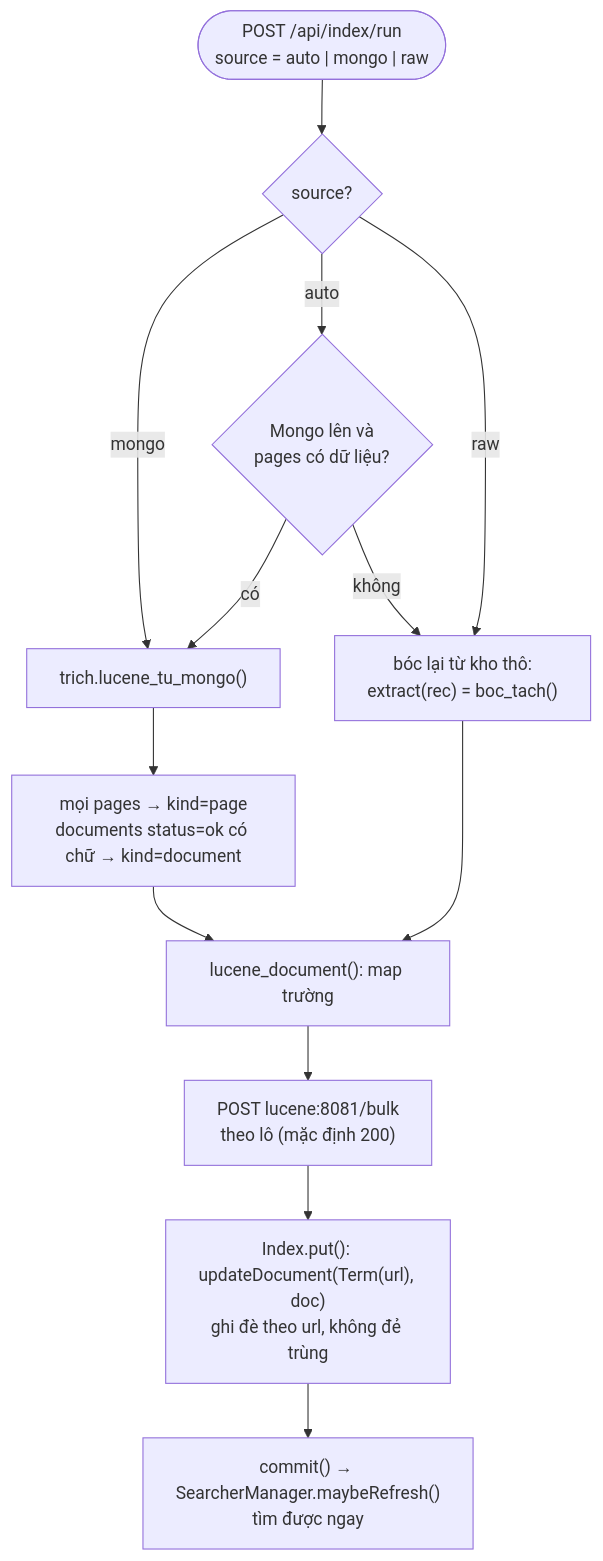
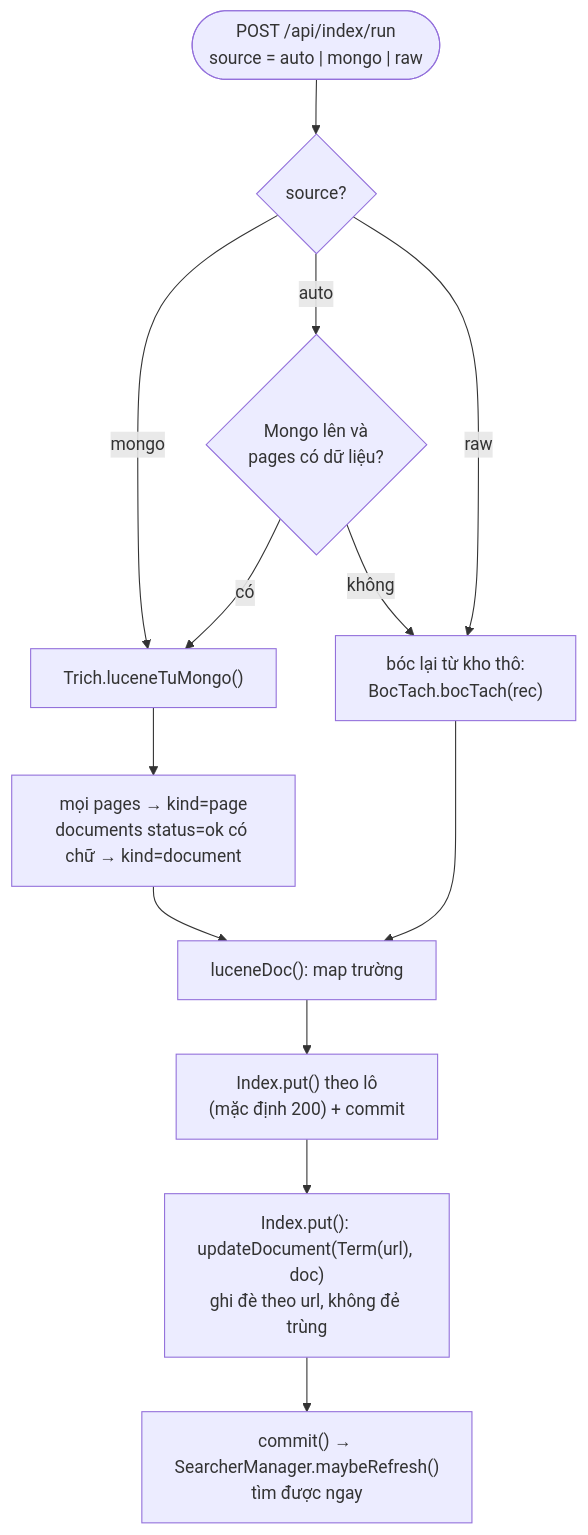
Diagram 17 of 21 in BAO-CAO-KY-THUAT.md (nguyenpnguyen/di-project), drawn with Mermaid before and after one commit. The commit also changed other lines of this file and 369 other files, not shown here.

````diff
--- a/BAO-CAO-KY-THUAT.md
+++ b/BAO-CAO-KY-THUAT.md
@@ -693,15 +701,15 @@
 ```mermaid
 flowchart TD
     A(["POST /api/index/run<br/>source = auto | mongo | raw"]) --> S{"source?"}
-    S -- mongo --> MG["trich.lucene_tu_mongo()"]
+    S -- mongo --> MG["Trich.luceneTuMongo()"]
     S -- auto --> C{"Mongo lên và<br/>pages có dữ liệu?"}
     C -- có --> MG
-    C -- không --> RAW["bóc lại từ kho thô:<br/>extract(rec) = boc_tach()"]
+    C -- không --> RAW["bóc lại từ kho thô:<br/>BocTach.bocTach(rec)"]
     S -- raw --> RAW
     MG --> P["mọi pages → kind=page<br/>documents status=ok có chữ → kind=document"]
     RAW --> L
-    P --> L["lucene_document(): map trường"]
-    L --> B["POST lucene:8081/bulk<br/>theo lô (mặc định 200)"]
+    P --> L["luceneDoc(): map trường"]
+    L --> B["Index.put() theo lô<br/>(mặc định 200) + commit"]
     B --> U["Index.put(): updateDocument(Term(url), doc)<br/>ghi đè theo url, không đẻ trùng"]
     U --> CM["commit() → SearcherManager.maybeRefresh()<br/>tìm được ngay"]
 ```
````
